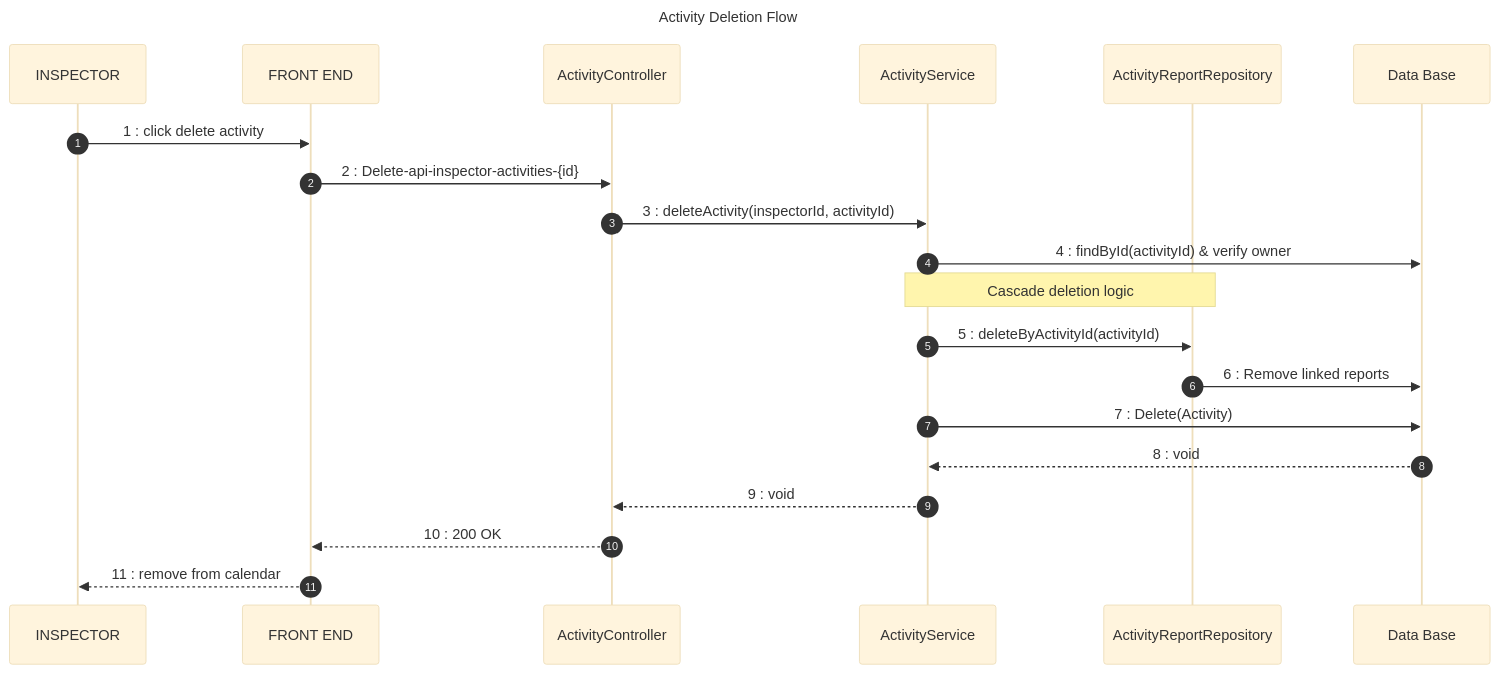
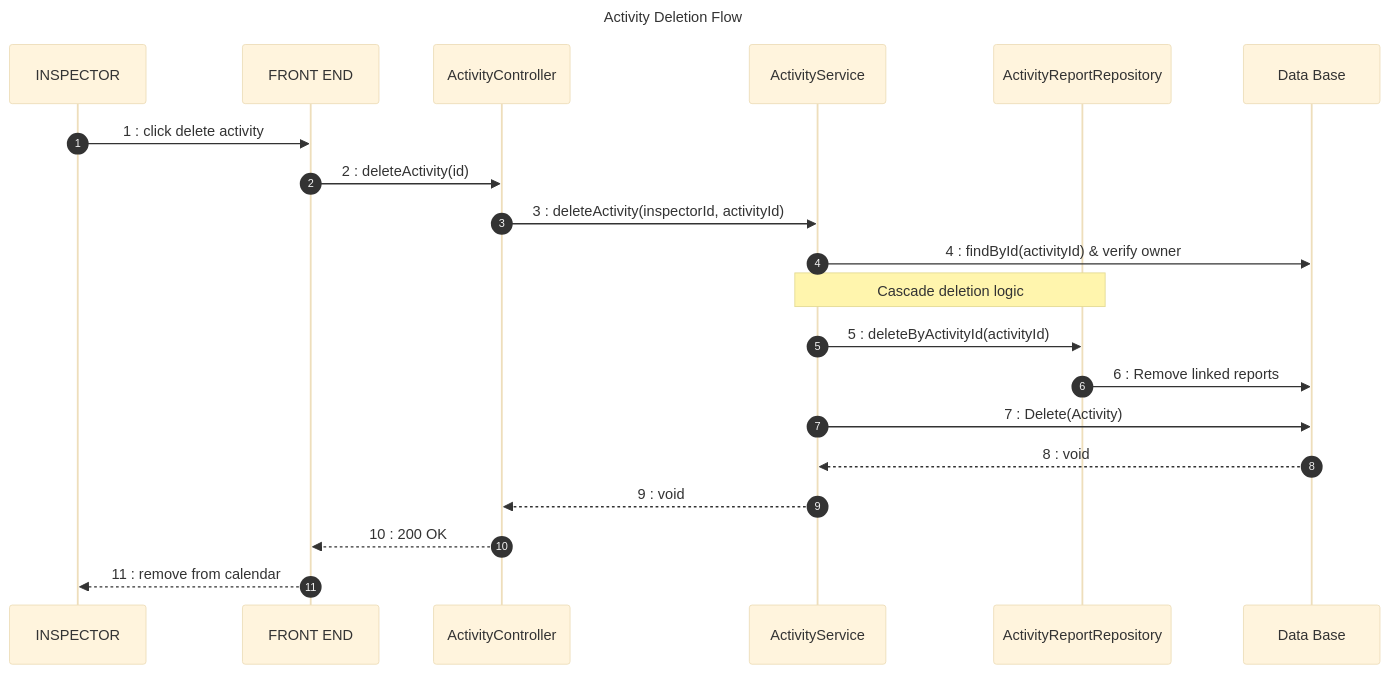
Before and after one commit to chbichibsofiene/inspector: the third of 3 diagrams in uml_diagrams/activity_management_sequence.md, drawn with Mermaid (base theme). The commit also changed other lines of this file and 41 other files, not shown here.

Commit message:
feat: Sprint 4 - Communication & Analytics | updated UML diagrams, class diagrams (StarUML), Messenger service fixes, Docker configs, and documentation

````diff
--- a/uml_diagrams/activity_management_sequence.md
+++ b/uml_diagrams/activity_management_sequence.md
@@ -88,26 +88,26 @@
 ```mermaid
 sequenceDiagram
     title: Activity Deletion Flow
     autonumber
     participant USER as INSPECTOR
     participant FE as FRONT END
     participant AC as ActivityController
     participant AS as ActivityService
     participant ARR as ActivityReportRepository
     participant DB as Data Base
 
     USER->>FE: 1 : click delete activity
-    FE->>AC: 2 : Delete-api-inspector-activities-{id}
+    FE->>AC: 2 : deleteActivity(id)
     AC->>AS: 3 : deleteActivity(inspectorId, activityId)
     AS->>DB: 4 : findById(activityId) & verify owner
     
     Note over AS, ARR: Cascade deletion logic
     AS->>ARR: 5 : deleteByActivityId(activityId)
     ARR->>DB: 6 : Remove linked reports
     
     AS->>DB: 7 : Delete(Activity)
     DB-->>AS: 8 : void
     AS-->>AC: 9 : void
     AC-->>FE: 10 : 200 OK
     FE-->>USER: 11 : remove from calendar
 ```
````
